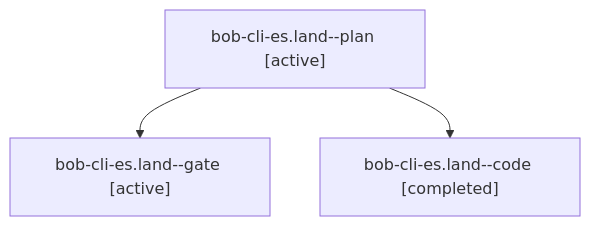
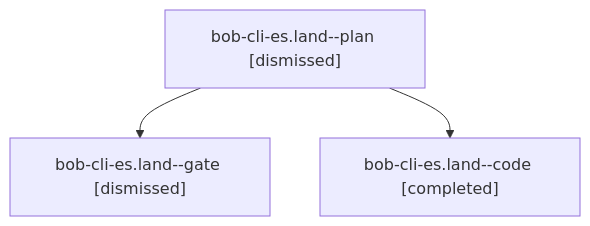
The diagram in sessions/bbugyi200.apollo.bob-cli-es.land.md (bobs-org/bob-cli--agents), drawn with Mermaid before and after one commit. The commit also changed other lines of this file and 310 other files, not shown here.

````diff
--- a/sessions/bbugyi200.apollo.bob-cli-es.land.md
+++ b/sessions/bbugyi200.apollo.bob-cli-es.land.md
@@ -9,8 +9,8 @@
 ```mermaid
 flowchart TD
-  n0["bob-cli-es.land--plan [active]"]
-  n1["bob-cli-es.land--gate [active]"]
+  n0["bob-cli-es.land--plan [dismissed]"]
+  n1["bob-cli-es.land--gate [dismissed]"]
   n0 --> n1
   n2["bob-cli-es.land--code [completed]"]
   n0 --> n2
 ```
````
